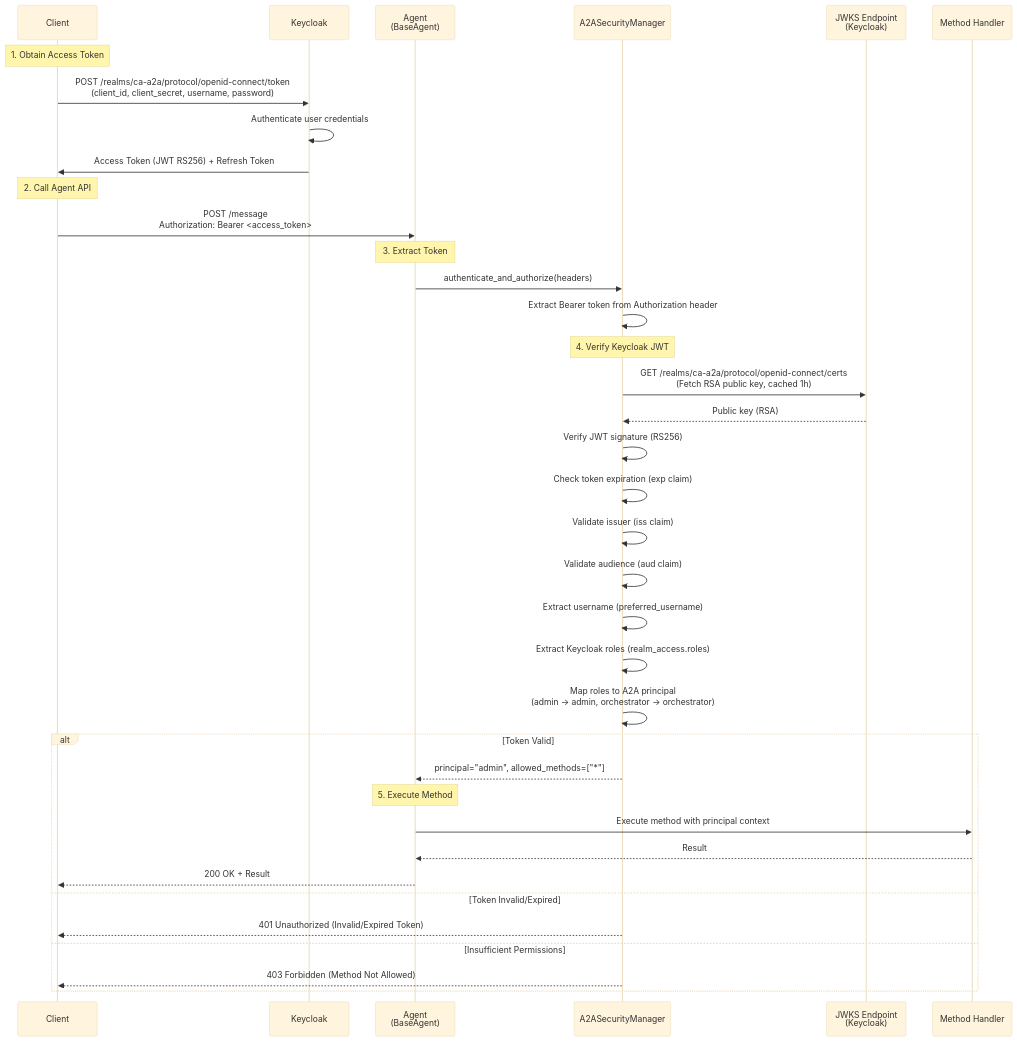
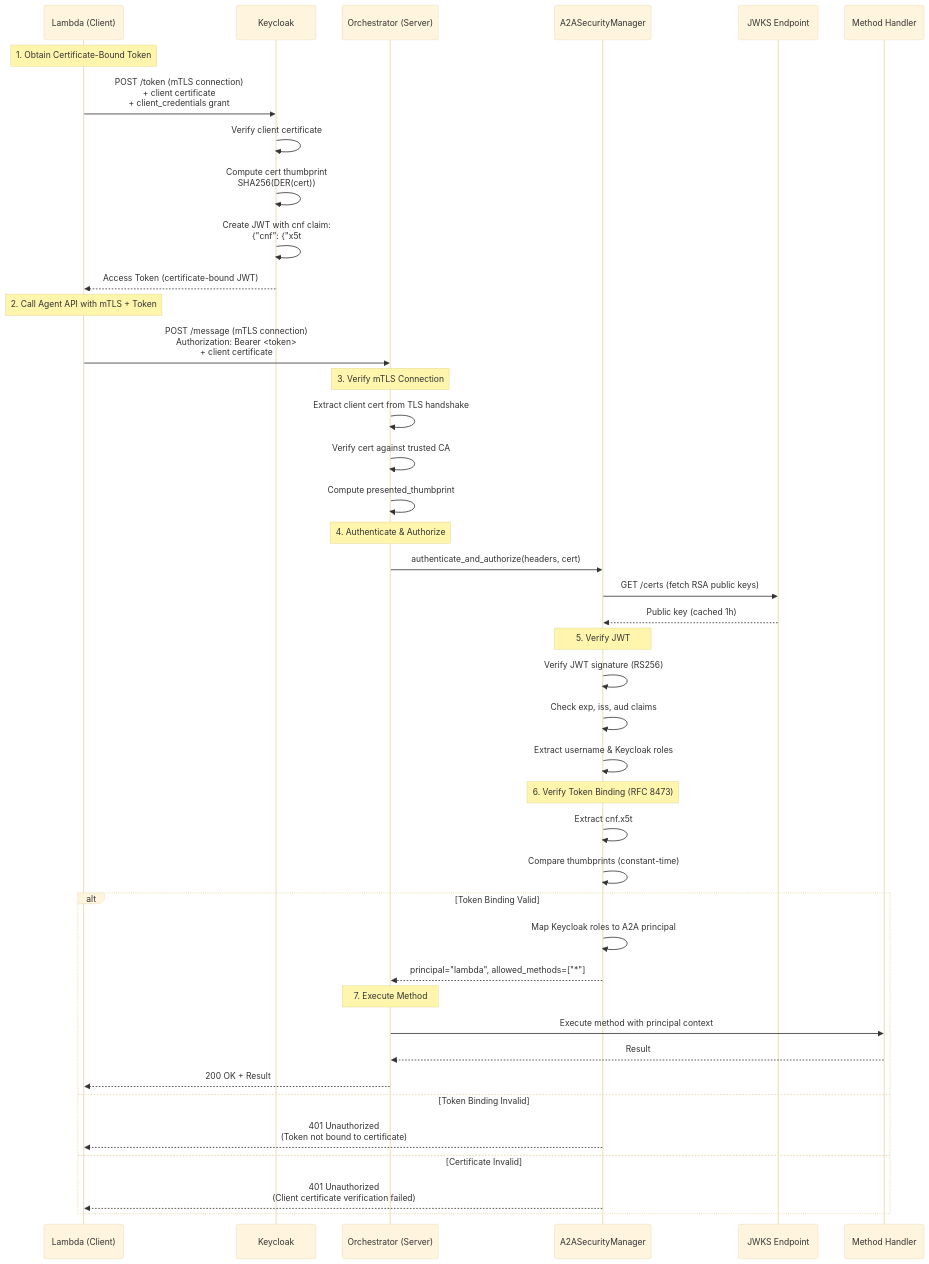
Before and after one commit to jaafar-benabderrazak/ca_a2a: the fifth of 14 diagrams in A2A_PROTOCOL_SECURITY_TECHNICAL.md, drawn with Mermaid (base theme). The commit also changed other lines of this file, not shown here.

Commit message:
Modernize A2A Protocol Security Technical documentation: Remove legacy references, focus on current enterprise-grade features (Keycloak + Token Binding + mTLS)

````diff
--- a/A2A_PROTOCOL_SECURITY_TECHNICAL.md
+++ b/A2A_PROTOCOL_SECURITY_TECHNICAL.md
@@ -530,45 +538,52 @@
 ```mermaid
 sequenceDiagram
-    participant Client
+    participant Client as Lambda (Client)
     participant Keycloak
-    participant Agent as Agent<br/>(BaseAgent)
+    participant Agent as Orchestrator (Server)
     participant Security as A2ASecurityManager
-    participant JWKS as JWKS Endpoint<br/>(Keycloak)
+    participant JWKS as JWKS Endpoint
     participant Handler as Method Handler
     
-    Note over Client: 1. Obtain Access Token
-    Client->>Keycloak: POST /realms/ca-a2a/protocol/openid-connect/token<br/>(client_id, client_secret, username, password)
-    Keycloak->>Keycloak: Authenticate user credentials
-    Keycloak->>Client: Access Token (JWT RS256) + Refresh Token
+    Note over Client: 1. Obtain Certificate-Bound Token
+    Client->>Keycloak: POST /token (mTLS connection)<br/>+ client certificate<br/>+ client_credentials grant
+    Keycloak->>Keycloak: Verify client certificate
+    Keycloak->>Keycloak: Compute cert thumbprint<br/>SHA256(DER(cert))
+    Keycloak->>Keycloak: Create JWT with cnf claim:<br/>{"cnf": {"x5t#S256": "bwcK0esc..."}}
+    Keycloak-->>Client: Access Token (certificate-bound JWT)
     
-    Note over Client: 2. Call Agent API
-    Client->>Agent: POST /message<br/>Authorization: Bearer <access_token>
+    Note over Client: 2. Call Agent API with mTLS + Token
+    Client->>Agent: POST /message (mTLS connection)<br/>Authorization: Bearer <token><br/>+ client certificate
     
-    Note over Agent: 3. Extract Token
-    Agent->>Security: authenticate_and_authorize(headers)
-    Security->>Security: Extract Bearer token from Authorization header
+    Note over Agent: 3. Verify mTLS Connection
+    Agent->>Agent: Extract client cert from TLS handshake
+    Agent->>Agent: Verify cert against trusted CA
+    Agent->>Agent: Compute presented_thumbprint
     
-    Note over Security: 4. Verify Keycloak JWT
-    Security->>JWKS: GET /realms/ca-a2a/protocol/openid-connect/certs<br/>(Fetch RSA public key, cached 1h)
-    JWKS-->>Security: Public key (RSA)
+    Note over Agent: 4. Authenticate & Authorize
+    Agent->>Security: authenticate_and_authorize(headers, cert)
+    Security->>JWKS: GET /certs (fetch RSA public keys)
+    JWKS-->>Security: Public key (cached 1h)
+    
+    Note over Security: 5. Verify JWT
     Security->>Security: Verify JWT signature (RS256)
-    Security->>Security: Check token expiration (exp claim)
-    Security->>Security: Validate issuer (iss claim)
-    Security->>Security: Validate audience (aud claim)
-    Security->>Security: Extract username (preferred_username)
-    Security->>Security: Extract Keycloak roles (realm_access.roles)
-    Security->>Security: Map roles to A2A principal<br/>(admin → admin, orchestrator → orchestrator)
+    Security->>Security: Check exp, iss, aud claims
+    Security->>Security: Extract username & Keycloak roles
     
-    alt Token Valid
-        Security-->>Agent: principal="admin", allowed_methods=["*"]
+    Note over Security: 6. Verify Token Binding (RFC 8473)
+    Security->>Security: Extract cnf.x5t#S256 from JWT
+    Security->>Security: Compare thumbprints (constant-time)
+    
+    alt Token Binding Valid
+        Security->>Security: Map Keycloak roles to A2A principal
+        Security-->>Agent: principal="lambda", allowed_methods=["*"]
         
-        Note over Agent: 5. Execute Method
+        Note over Agent: 7. Execute Method
         Agent->>Handler: Execute method with principal context
         Handler-->>Agent: Result
         Agent-->>Client: 200 OK + Result
-    else Token Invalid/Expired
-        Security-->>Client: 401 Unauthorized (Invalid/Expired Token)
-    else Insufficient Permissions
-        Security-->>Client: 403 Forbidden (Method Not Allowed)
+    else Token Binding Invalid
+        Security-->>Client: 401 Unauthorized<br/>(Token not bound to certificate)
+    else Certificate Invalid
+        Security-->>Client: 401 Unauthorized<br/>(Client certificate verification failed)
     end
 ```
````
